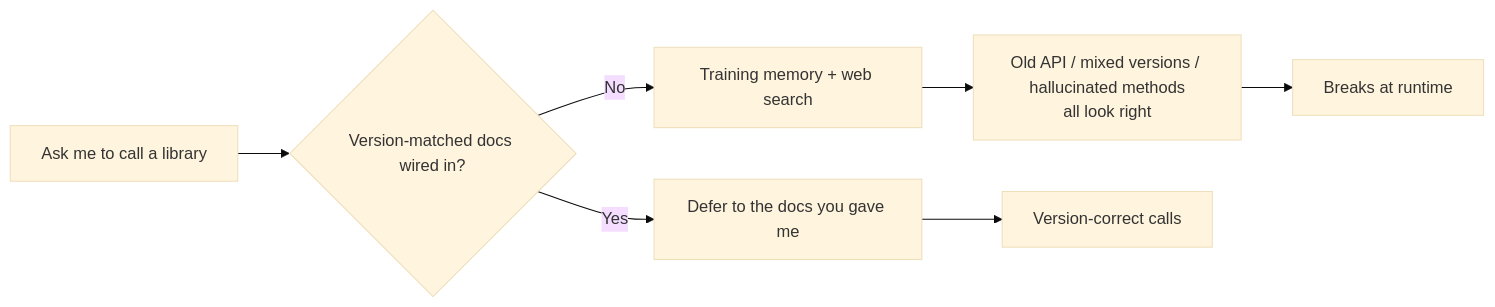
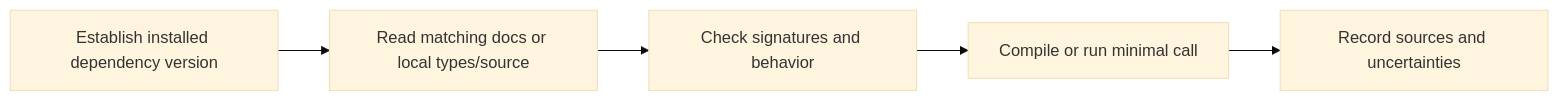
The diagram in i18n/en/docusaurus-plugin-content-docs/current/00-setup-collaboration/no-versioned-docs.mdx (XuebinMa/AIWiki), drawn with Mermaid (base theme) before and after one commit. The commit also changed other lines of this file and 325 other files, not shown here.

````diff
--- a/i18n/en/docusaurus-plugin-content-docs/current/00-setup-collaboration/no-versioned-docs.mdx
+++ b/i18n/en/docusaurus-plugin-content-docs/current/00-setup-collaboration/no-versioned-docs.mdx
@@ -40,9 +38,7 @@
 ```mermaid
 flowchart LR
-    A[Ask me to call a library] --> B{Version-matched docs wired in?}
-    B -- No --> C[Training memory + web search]
-    C --> D["Old API / mixed versions / hallucinated methods<br/>all look right"]
-    D --> E[Breaks at runtime]
-    B -- Yes --> F[Defer to the docs you gave me]
-    F --> G[Version-correct calls]
+    A[Establish installed dependency version] --> B[Read matching docs or local types/source]
+    B --> C[Check signatures and behavior]
+    C --> D[Compile or run minimal call]
+    D --> E[Record sources and uncertainties]
 ```
````
